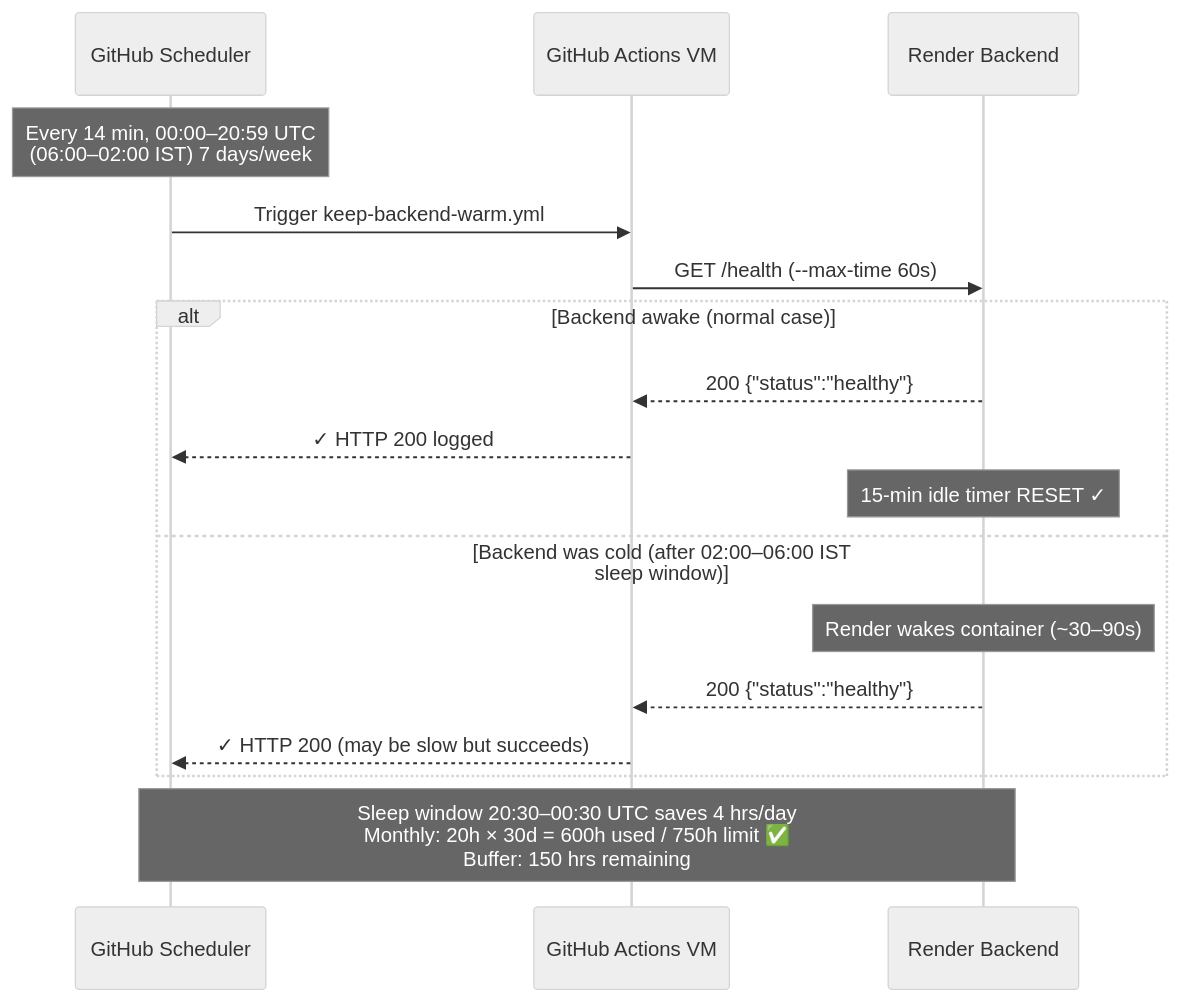
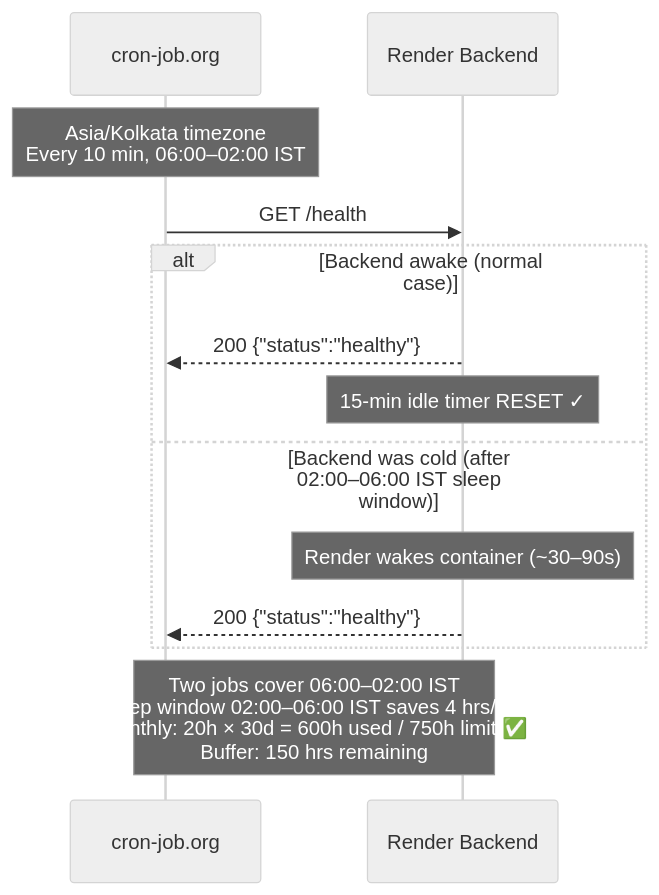
Before and after one commit to intaazansari/indian_stock_ai: diagram 13 of 14 in docs/SDD.md, drawn with Mermaid (neutral theme). The commit also changed other lines of this file and 2 other files, not shown here.

Commit message:
docs: document Neon database and cron-job warmup
- document cron-job.org schedules and Render hour budget
- update SDD diagrams and deployment details
- remove unused Render PostgreSQL blueprint and expiry note
- configure Render services to use Neon DATABASE_URL

````diff
--- a/docs/SDD.md
+++ b/docs/SDD.md
@@ -633,23 +633,19 @@
 ```mermaid
 sequenceDiagram
-    participant GH as GitHub Scheduler
-    participant VM as GitHub Actions VM
+    participant Cron as cron-job.org
     participant Render as Render Backend
 
-    Note over GH: Every 14 min, 00:00–20:59 UTC<br/>(06:00–02:00 IST) 7 days/week
+    Note over Cron: Asia/Kolkata timezone<br/>Every 10 min, 06:00–02:00 IST
 
-    GH->>VM: Trigger keep-backend-warm.yml
-    VM->>Render: GET /health (--max-time 60s)
+    Cron->>Render: GET /health
 
     alt Backend awake (normal case)
-        Render-->>VM: 200 {"status":"healthy"}
-        VM-->>GH: ✓ HTTP 200 logged
+        Render-->>Cron: 200 {"status":"healthy"}
         Note over Render: 15-min idle timer RESET ✓
     else Backend was cold (after 02:00–06:00 IST sleep window)
         Note over Render: Render wakes container (~30–90s)
-        Render-->>VM: 200 {"status":"healthy"}
-        VM-->>GH: ✓ HTTP 200 (may be slow but succeeds)
+        Render-->>Cron: 200 {"status":"healthy"}
     end
 
-    Note over GH,Render: Sleep window 20:30–00:30 UTC saves 4 hrs/day<br/>Monthly: 20h × 30d = 600h used / 750h limit ✅<br/>Buffer: 150 hrs remaining
+    Note over Cron,Render: Two jobs cover 06:00–02:00 IST<br/>Sleep window 02:00–06:00 IST saves 4 hrs/day<br/>Monthly: 20h × 30d = 600h used / 750h limit ✅<br/>Buffer: 150 hrs remaining
 ```
````
